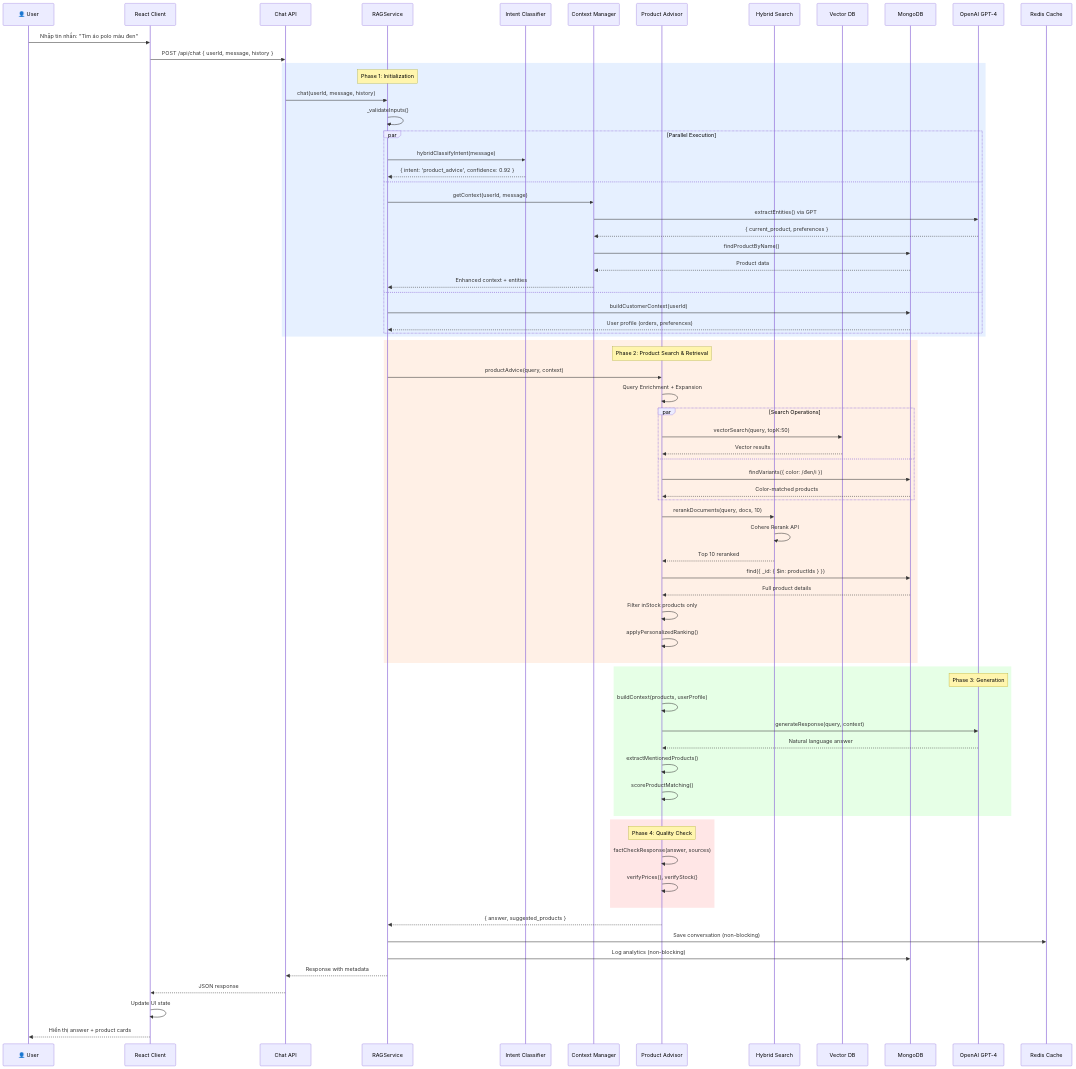
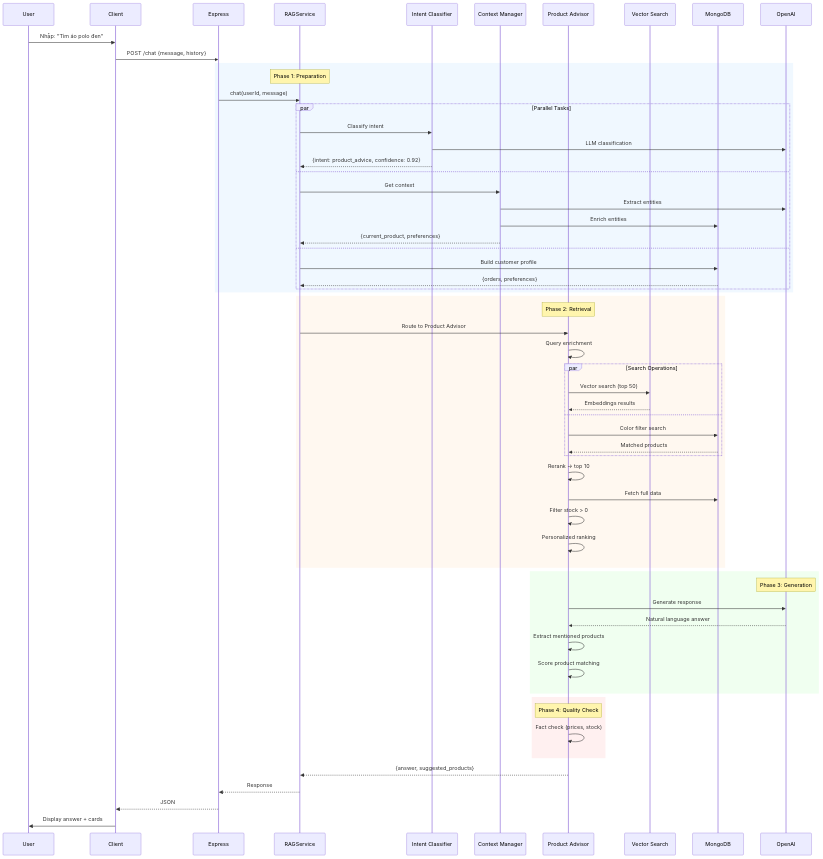
Before and after one commit to nguyen-le-huy/devenir: the diagram in .agent/workflow/RAG/RAG.md, drawn with Mermaid. The commit also changed other lines of this file and 3 other files, not shown here.

````diff
--- a/.agent/workflow/RAG/RAG.md
+++ b/.agent/workflow/RAG/RAG.md
@@ -74,87 +109,72 @@
 ```mermaid
 sequenceDiagram
-    participant User as 👤 User
-    participant Client as React Client
-    participant API as Chat API
+    participant U as User
+    participant C as Client
+    participant API as Express
     participant RAG as RAGService
-    participant Intent as Intent Classifier
-    participant Context as Context Manager
-    participant Advisor as Product Advisor
-    participant Search as Hybrid Search
-    participant Pinecone as Vector DB
-    participant Mongo as MongoDB
-    participant LLM as OpenAI GPT-4
-    participant Cache as Redis Cache
+    participant IC as Intent Classifier
+    participant CTX as Context Manager
+    participant PA as Product Advisor
+    participant VS as Vector Search
+    participant DB as MongoDB
+    participant LLM as OpenAI
 
-    User->>Client: Nhập tin nhắn: "Tìm áo polo màu đen"
-    Client->>API: POST /api/chat { userId, message, history }
+    U->>C: Nhập: "Tìm áo polo đen"
+    C->>API: POST /chat {message, history}
     
-    rect rgb(230, 240, 255)
-        Note over RAG: Phase 1: Initialization
-        API->>RAG: chat(userId, message, history)
-        RAG->>RAG: _validateInputs()
+    rect rgb(240,248,255)
+        Note over RAG: Phase 1: Preparation
+        API->>RAG: chat(userId, message)
         
-        par Parallel Execution
-            RAG->>Intent: hybridClassifyIntent(message)
-            Intent-->>RAG: { intent: 'product_advice', confidence: 0.92 }
+        par Parallel Tasks
+            RAG->>IC: Classify intent
+            IC->>LLM: LLM classification
+            IC-->>RAG: {intent: product_advice, confidence: 0.92}
         and
-            RAG->>Context: getContext(userId, message)
-            Context->>LLM: extractEntities() via GPT
-            LLM-->>Context: { current_product, preferences }
-            Context->>Mongo: findProductByName()
-            Mongo-->>Context: Product data
-            Context-->>RAG: Enhanced context + entities
+            RAG->>CTX: Get context
+            CTX->>LLM: Extract entities
+            CTX->>DB: Enrich entities
+            CTX-->>RAG: {current_product, preferences}
         and
-            RAG->>Mongo: buildCustomerContext(userId)
-            Mongo-->>RAG: User profile (orders, preferences)
+            RAG->>DB: Build customer profile
+            DB-->>RAG: {orders, preferences}
         end
     end
-
-    rect rgb(255, 240, 230)
-        Note over Advisor: Phase 2: Product Search & Retrieval
-        RAG->>Advisor: productAdvice(query, context)
-        Advisor->>Advisor: Query Enrichment + Expansion
+    
+    rect rgb(255,248,240)
+        Note over PA: Phase 2: Retrieval
+        RAG->>PA: Route to Product Advisor
+        PA->>PA: Query enrichment
         
         par Search Operations
-            Advisor->>Pinecone: vectorSearch(query, topK:50)
-            Pinecone-->>Advisor: Vector results
+            PA->>VS: Vector search (top 50)
+            VS-->>PA: Embeddings results
         and
-            Advisor->>Mongo: findVariants({ color: /đen/i })
-            Mongo-->>Advisor: Color-matched products
+            PA->>DB: Color filter search
+            DB-->>PA: Matched products
         end
         
-        Advisor->>Search: rerankDocuments(query, docs, 10)
-        Search->>Search: Cohere Rerank API
-        Search-->>Advisor: Top 10 reranked
-        
-        Advisor->>Mongo: find({ _id: { $in: productIds } })
-        Mongo-->>Advisor: Full product details
-        
-        Advisor->>Advisor: Filter inStock products only
-        Advisor->>Advisor: applyPersonalizedRanking()
+        PA->>PA: Rerank → top 10
+        PA->>DB: Fetch full data
+        PA->>PA: Filter stock > 0
+        PA->>PA: Personalized ranking
     end
-
-    rect rgb(230, 255, 230)
+    
+    rect rgb(240,255,240)
         Note over LLM: Phase 3: Generation
-        Advisor->>Advisor: buildContext(products, userProfile)
-        Advisor->>LLM: generateResponse(query, context)
-        LLM-->>Advisor: Natural language answer
-        
-        Advisor->>Advisor: extractMentionedProducts()
-        Advisor->>Advisor: scoreProductMatching()
+        PA->>LLM: Generate response
+        LLM-->>PA: Natural language answer
+        PA->>PA: Extract mentioned products
+        PA->>PA: Score product matching
     end
-
-    rect rgb(255, 230, 230)
-        Note over Advisor: Phase 4: Quality Check
-        Advisor->>Advisor: factCheckResponse(answer, sources)
-        Advisor->>Advisor: verifyPrices(), verifyStock()
+    
+    rect rgb(255,240,240)
+        Note over PA: Phase 4: Quality Check
+        PA->>PA: Fact check (prices, stock)
     end
-
-    Advisor-->>RAG: { answer, suggested_products }
-    RAG->>Cache: Save conversation (non-blocking)
-    RAG->>Mongo: Log analytics (non-blocking)
-    RAG-->>API: Response with metadata
-    API-->>Client: JSON response
-    Client->>Client: Update UI state
-    Client-->>User: Hiển thị answer + product cards
+    
+    PA-->>RAG: {answer, suggested_products}
+    RAG-->>API: Response
+    API-->>C: JSON
+    C->>U: Display answer + cards
 ```
````
